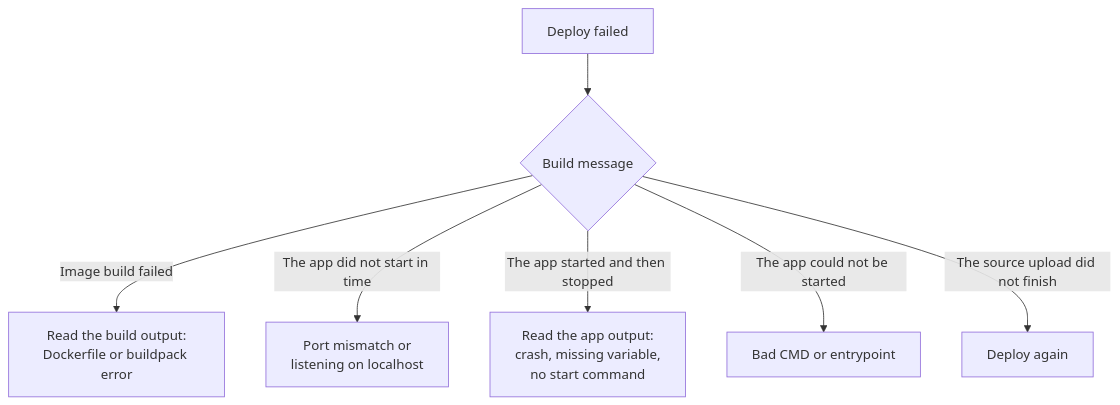
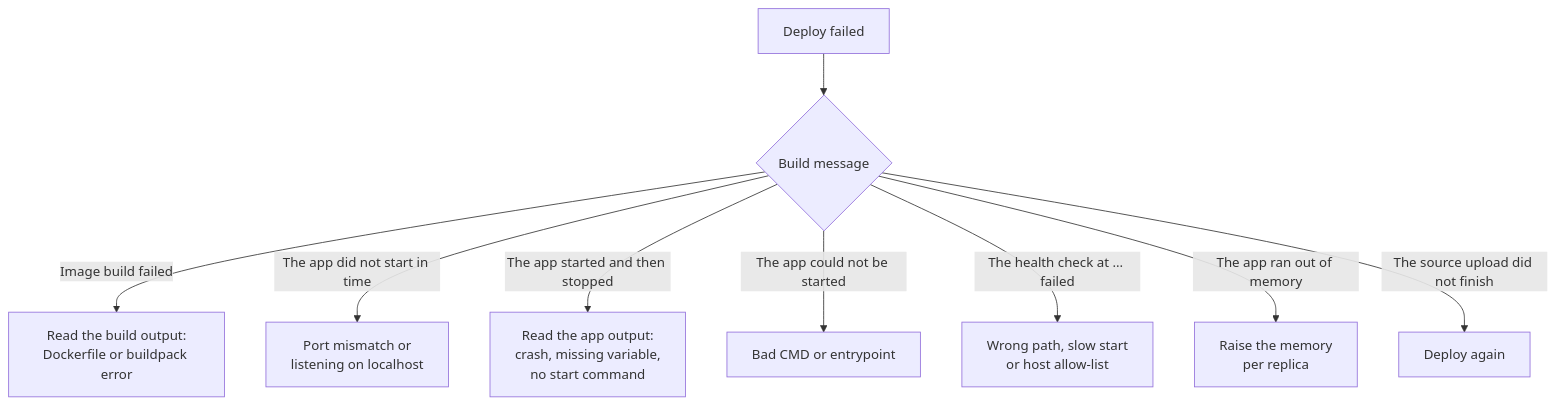
The diagram in docs/apps/troubleshooting.mdx (cloider/docs), drawn with Mermaid before and after one commit. The commit also changed other lines of this file and 60 other files, not shown here.

Commit message:
docs: app replicas, autoscaling and health checks, restart, and cron job run insights

````diff
--- a/docs/apps/troubleshooting.mdx
+++ b/docs/apps/troubleshooting.mdx
@@ -28,9 +28,11 @@
 ```mermaid
 flowchart TD
   A[Deploy failed] --> B{Build message}
   B -- Image build failed --> C[Read the build output:<br/>Dockerfile or buildpack error]
   B -- The app did not start in time --> D[Port mismatch or<br/>listening on localhost]
   B -- The app started and then stopped --> E[Read the app output:<br/>crash, missing variable,<br/>no start command]
   B -- The app could not be started --> F[Bad CMD or entrypoint]
+  B -- The health check at ... failed --> H[Wrong path, slow start<br/>or host allow-list]
+  B -- The app ran out of memory --> I[Raise the memory<br/>per replica]
   B -- The source upload did not finish --> G[Deploy again]
 ```
````
